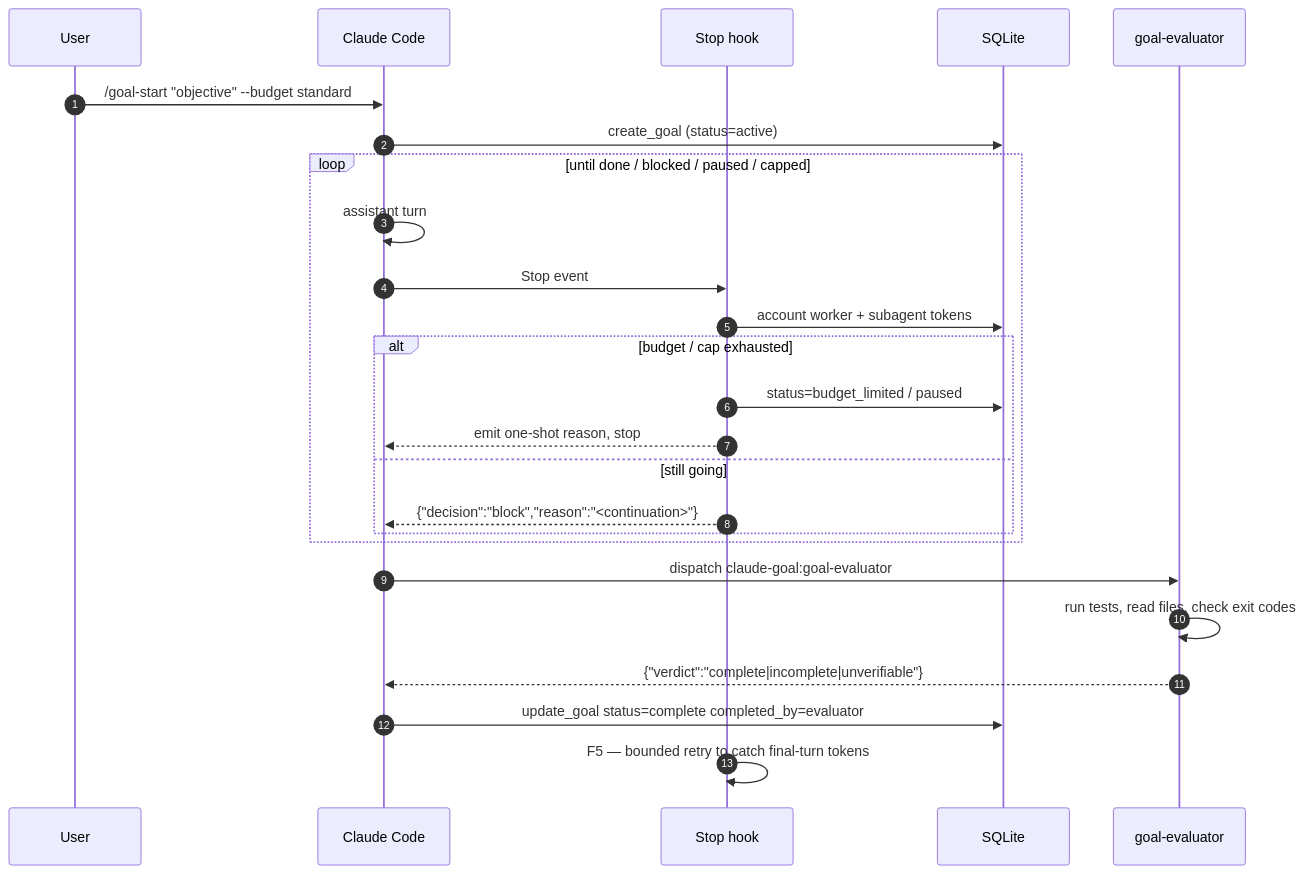
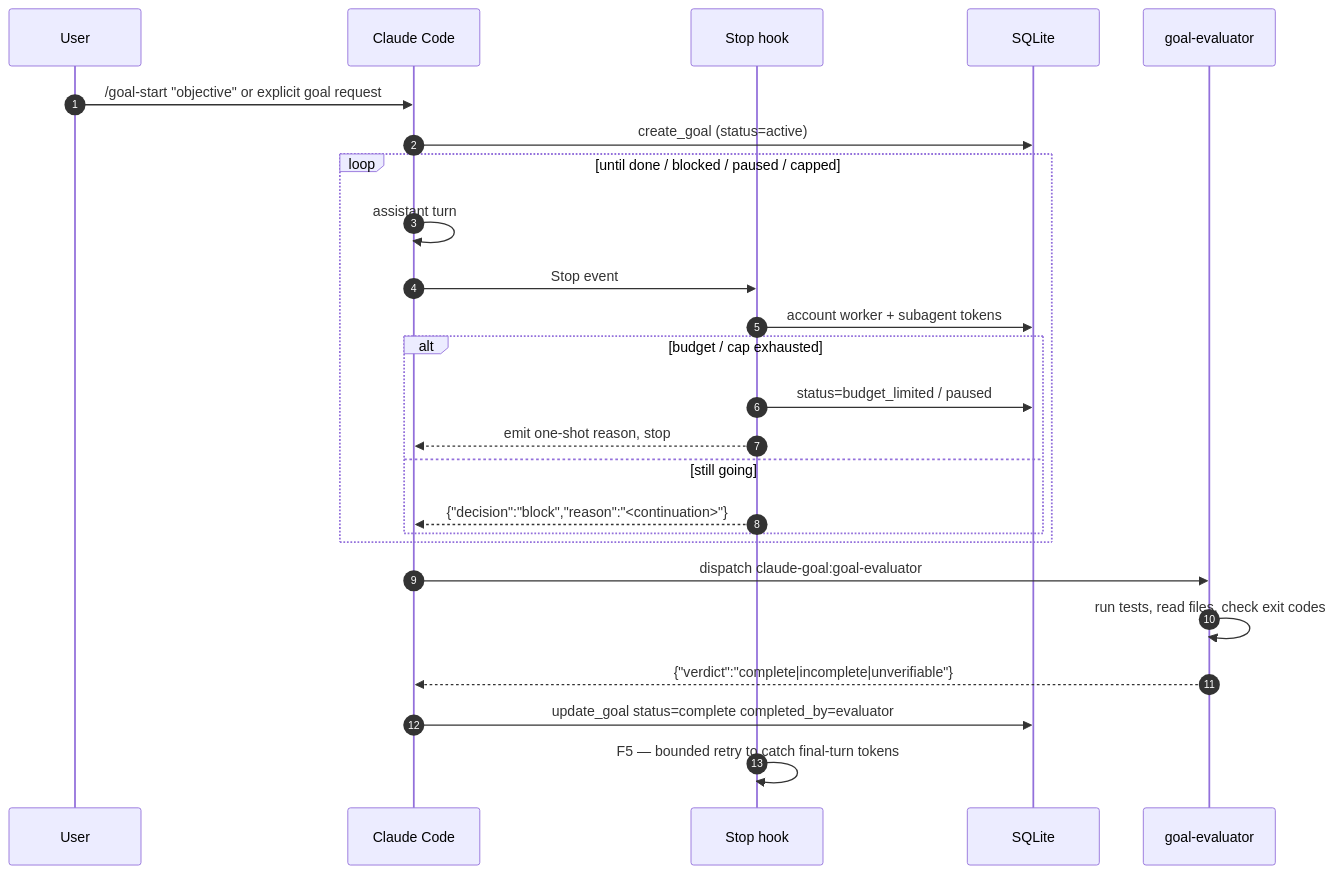
Before and after one commit to nuko-nova-dynamics/claude-goal: the diagram in docs/src/content/docs/concepts/how-it-works.md, drawn with Mermaid. The commit also changed other lines of this file and 18 other files, not shown here.

````diff
--- a/docs/src/content/docs/concepts/how-it-works.md
+++ b/docs/src/content/docs/concepts/how-it-works.md
@@ -12,28 +12,28 @@
 ```mermaid
 sequenceDiagram
     autonumber
     participant U as User
     participant CC as Claude Code
     participant H as Stop hook
     participant DB as SQLite
     participant E as goal-evaluator
 
-    U->>CC: /goal-start "objective" --budget standard
+    U->>CC: /goal-start "objective" or explicit goal request
     CC->>DB: create_goal (status=active)
     loop until done / blocked / paused / capped
         CC->>CC: assistant turn
         CC->>H: Stop event
         H->>DB: account worker + subagent tokens
         alt budget / cap exhausted
             H->>DB: status=budget_limited / paused
             H-->>CC: emit one-shot reason, stop
         else still going
             H-->>CC: {"decision":"block","reason":"<continuation>"}
         end
     end
     CC->>E: dispatch claude-goal:goal-evaluator
     E->>E: run tests, read files, check exit codes
     E-->>CC: {"verdict":"complete|incomplete|unverifiable"}
     CC->>DB: update_goal status=complete completed_by=evaluator
     H->>H: F5 — bounded retry to catch final-turn tokens
 ```
````
